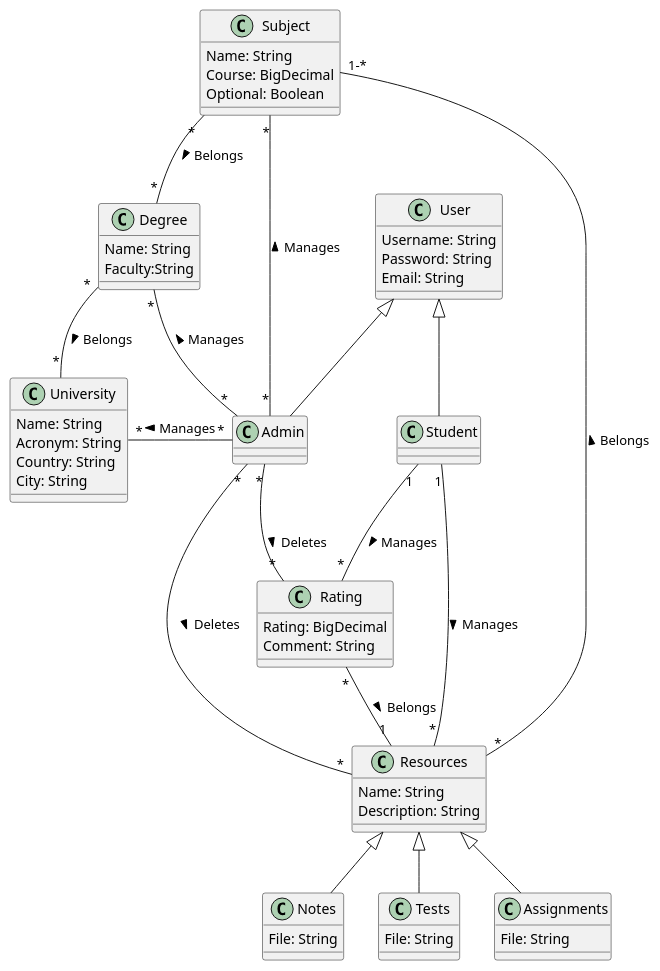
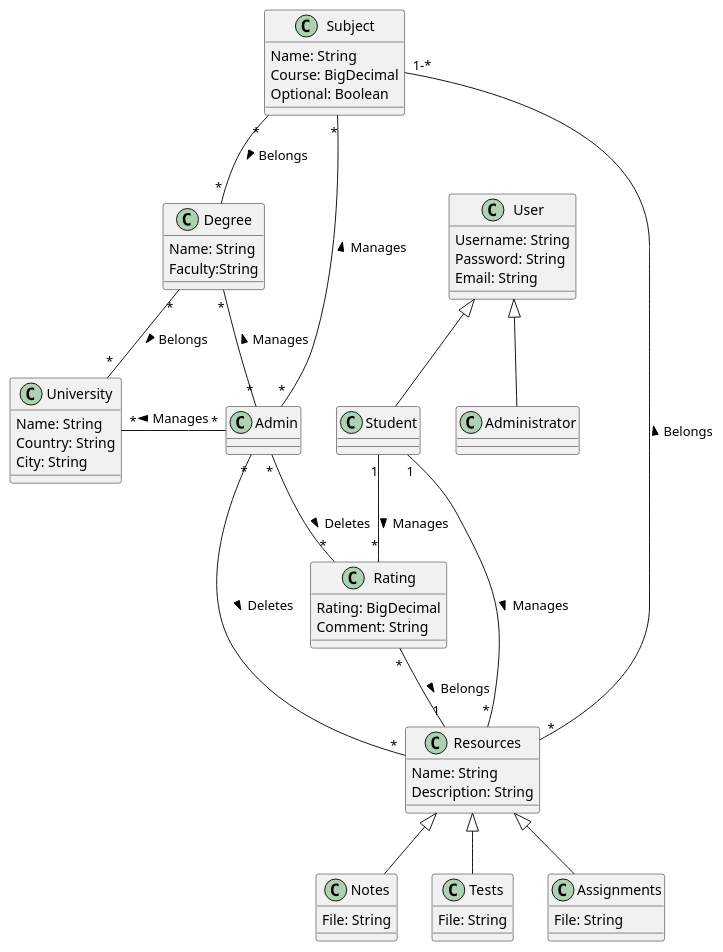
One commit to UdL-EPS-SoftArch/UniCloud-API changed the diagram in EntitiesModel.puml. Above: the diagram before and after it, drawn with PlantUML. The commit also changed 1 other file, not shown here.

Commit message:
Updated Entities Model to adapt to new User Roles

```diff
--- a/EntitiesModel.puml
+++ b/EntitiesModel.puml
@@ -1,66 +1,65 @@
 @startuml
 class User{
     Username: String
     Password: String
     Email: String
 }
 
-class Admin extends User{
+class Administrator extends User{
 }
 
 class Student extends User{
 }
 
 class University{
     Name: String
-    Acronym: String
     Country: String
     City: String
 }
 
 class Degree{
     Name: String
     Faculty:String
 }
 
 class Subject{
     Name: String
     Course: BigDecimal
     Optional: Boolean
 }
 
 class Resources{
     Name: String
     Description: String
 }
 
 class Notes extends Resources{
     File: String
 }
 
 class Tests extends Resources{
     File: String
 }
 
 class Assignments extends Resources{
     File: String
 }
 
 class Rating{
     Rating: BigDecimal
     Comment: String
 }
 
 
 Student "1" -- "*" Resources: Manages >
 Student "1" -- "*" Rating: Manages >
 Admin "*" --left-- "*" University: Manages >
 Admin "*" --left-- "*" Degree: Manages >
 Admin "*" --left-- "*" Subject: Manages >
 Admin "*" -- "*" Resources: Deletes >
 Admin "*" -- "*" Rating: Deletes >
 Rating "*" -- "1" Resources: Belongs >
 Resources "*" -- "1-*" Subject: Belongs >
 Subject "*" -- "*" Degree: Belongs >
 Degree "*" -- "*" University: Belongs >
 @enduml
```
